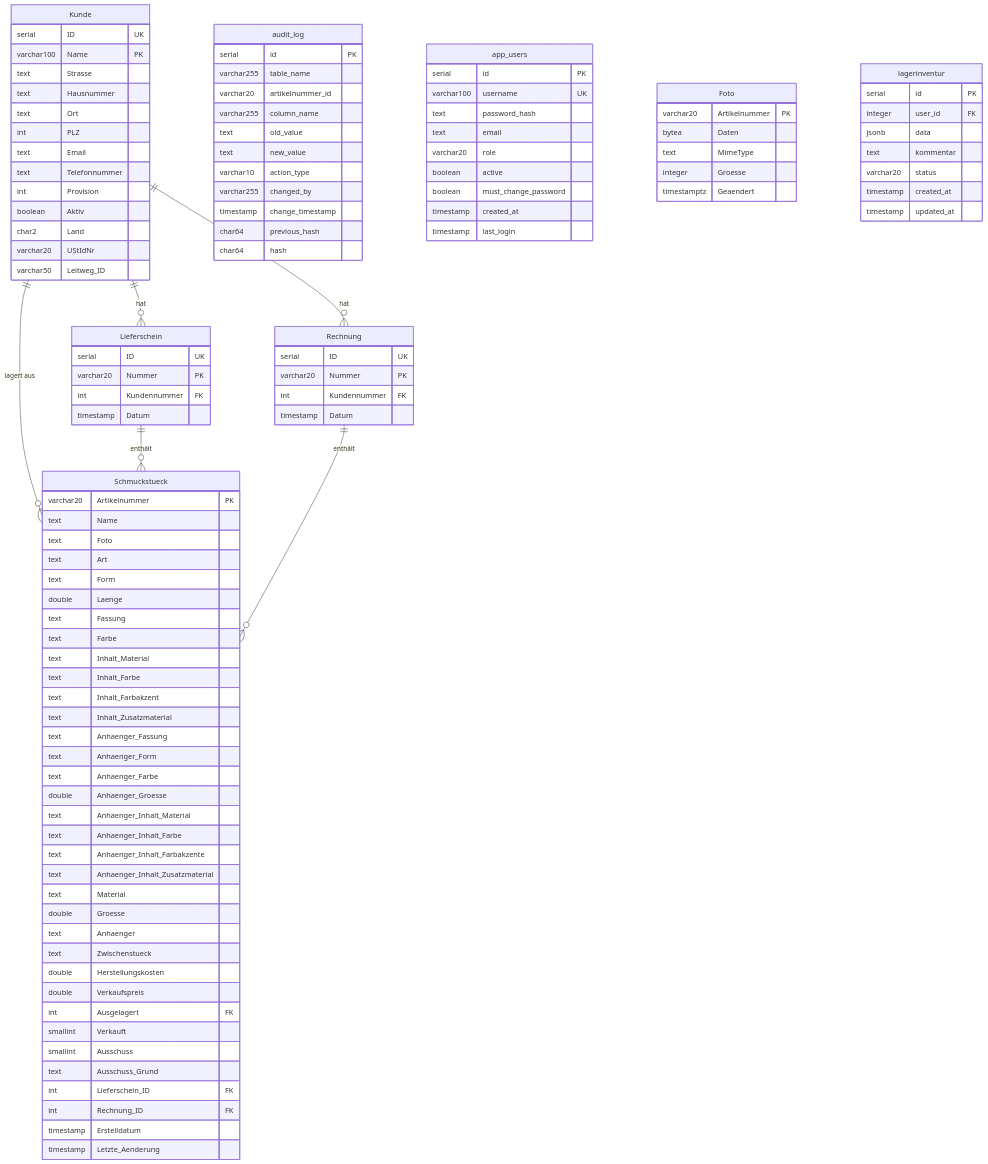
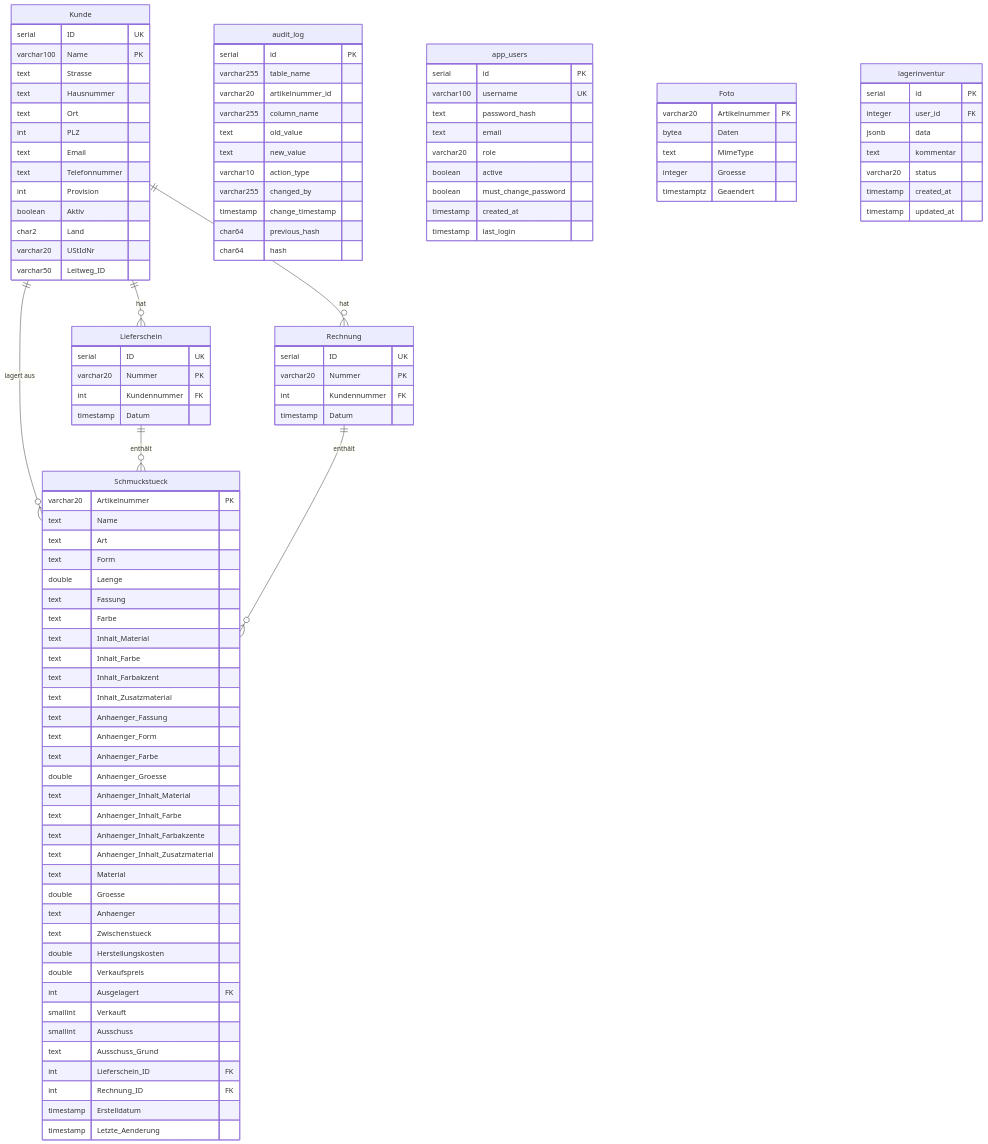
Before and after one commit to Revilo91/GoldRegenDB_Web: the diagram in .github/copilot-instructions.md, drawn with Mermaid. The commit also changed other lines of this file and 23 other files, not shown here.

```diff
--- a/.github/copilot-instructions.md
+++ b/.github/copilot-instructions.md
@@ -52,7 +52,6 @@
     Schmuckstueck {
         varchar20 Artikelnummer PK
         text Name
-        text Foto
         text Art
         text Form
         double Laenge
```
